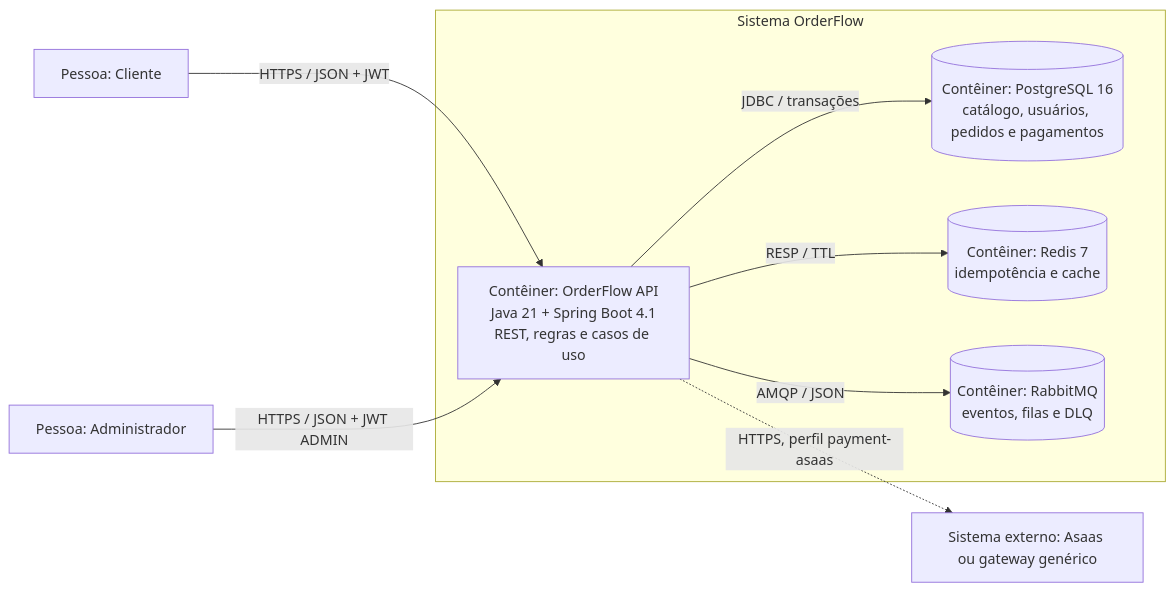
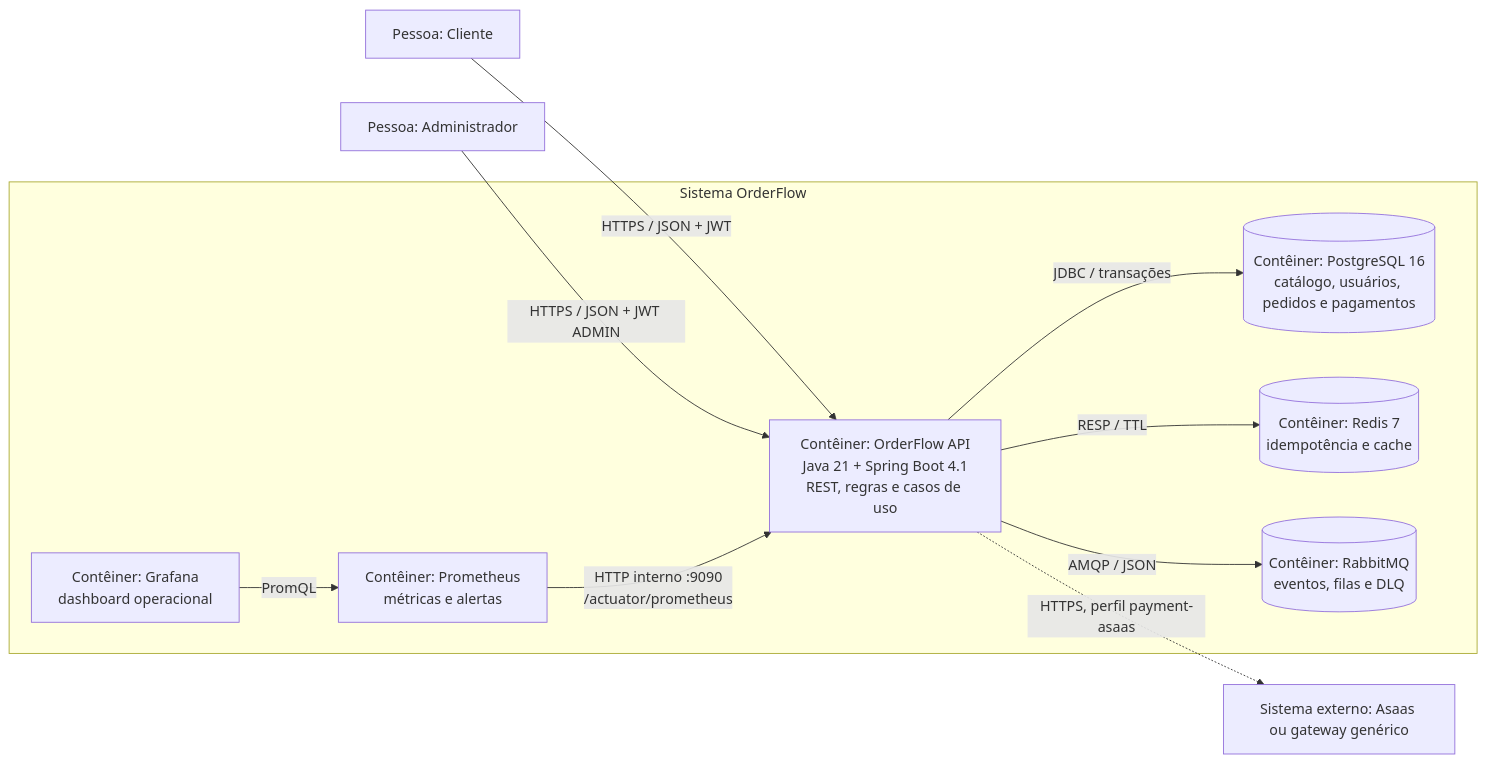
Before and after one commit to OliveiratheDev/order-flow: the diagram in README.md, drawn with Mermaid. The commit also changed other lines of this file and 3 other files, not shown here.

````diff
--- a/README.md
+++ b/README.md
@@ -59,20 +60,24 @@
 ```mermaid
 flowchart LR
     customer["Pessoa: Cliente"]
     admin["Pessoa: Administrador"]
     gateway["Sistema externo: Asaas ou gateway genérico"]
 
     subgraph boundary["Sistema OrderFlow"]
         api["Contêiner: OrderFlow API<br/>Java 21 + Spring Boot 4.1<br/>REST, regras e casos de uso"]
         postgres[("Contêiner: PostgreSQL 16<br/>catálogo, usuários, pedidos e pagamentos")]
         redis[("Contêiner: Redis 7<br/>idempotência e cache")]
         rabbit[("Contêiner: RabbitMQ<br/>eventos, filas e DLQ")]
+        prometheus["Contêiner: Prometheus<br/>métricas e alertas"]
+        grafana["Contêiner: Grafana<br/>dashboard operacional"]
     end
 
     customer -->|"HTTPS / JSON + JWT"| api
     admin -->|"HTTPS / JSON + JWT ADMIN"| api
     api -->|"JDBC / transações"| postgres
     api -->|"RESP / TTL"| redis
     api -->|"AMQP / JSON"| rabbit
+    prometheus -->|"HTTP interno :9090<br/>/actuator/prometheus"| api
+    grafana -->|"PromQL"| prometheus
     api -.->|"HTTPS, perfil payment-asaas"| gateway
 ```
````
